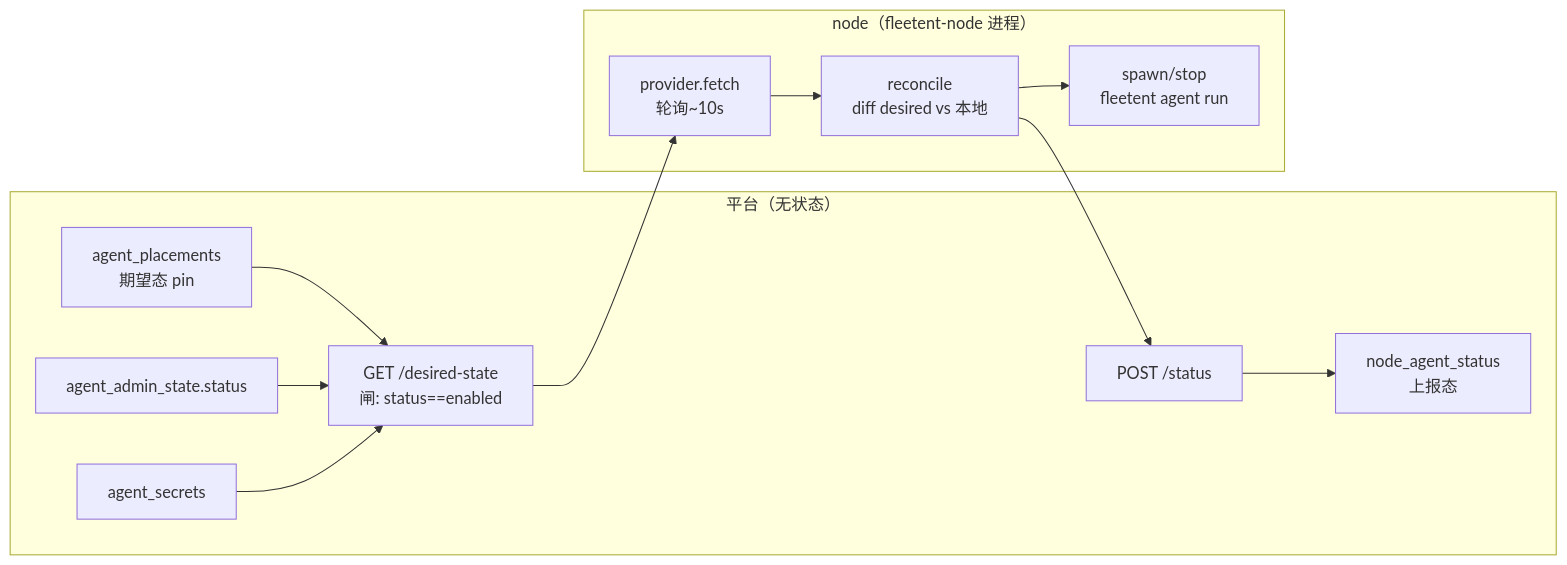
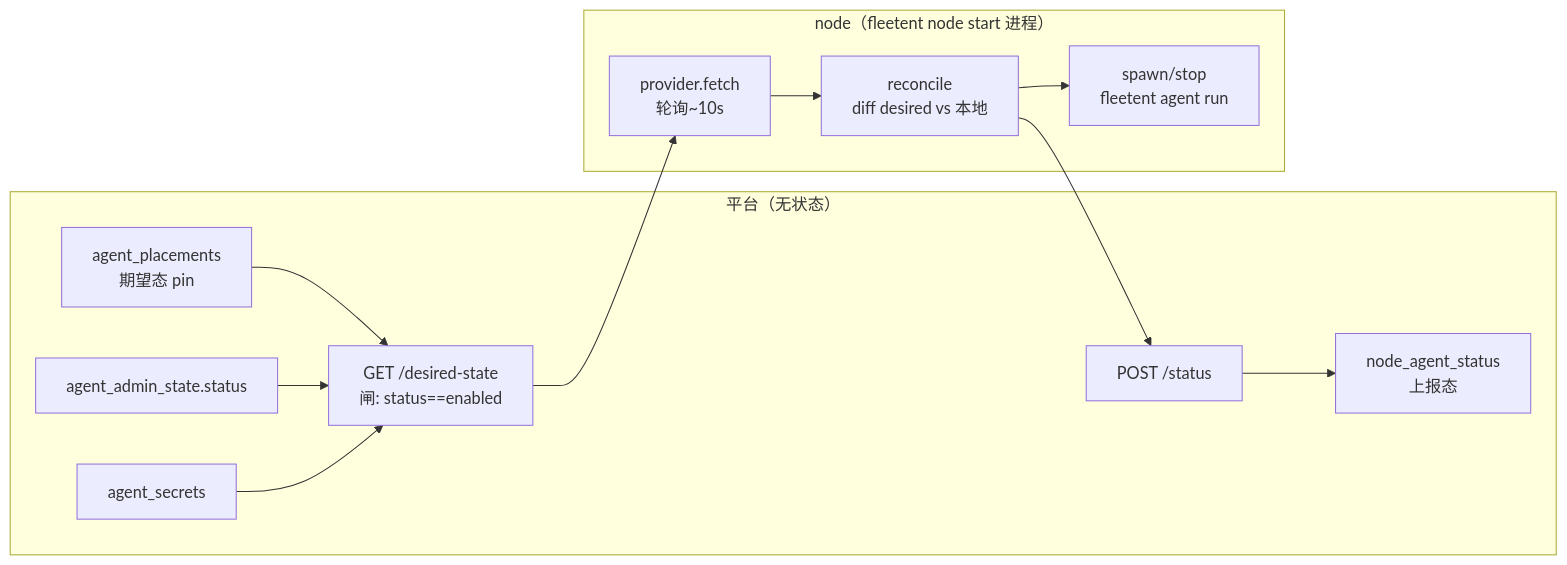
One commit to Summy2104/fleetent changed the diagram in docs/capabilities/agent-management.md. Above: the diagram before and after it, drawn with Mermaid. The commit also changed other lines of this file and 120 other files, not shown here.

````diff
--- a/docs/capabilities/agent-management.md
+++ b/docs/capabilities/agent-management.md
@@ -67,21 +67,21 @@
 ```mermaid
 flowchart LR
   subgraph P[平台（无状态）]
     PL[agent_placements<br/>期望态 pin]
     AS[agent_admin_state.status]
     SEC[agent_secrets]
     DS["GET /desired-state<br/>闸: status==enabled"]
     ST["POST /status"]
     NAS[node_agent_status<br/>上报态]
   end
-  subgraph N[node（fleetent-node 进程）]
+  subgraph N[node（fleetent node start 进程）]
     POLL[provider.fetch<br/>轮询~10s]
     REC[reconcile<br/>diff desired vs 本地]
     BK[spawn/stop<br/>fleetent agent run]
   end
   PL --> DS
   AS --> DS
   SEC --> DS
   DS --> POLL --> REC --> BK
   REC --> ST --> NAS
 ```
````
